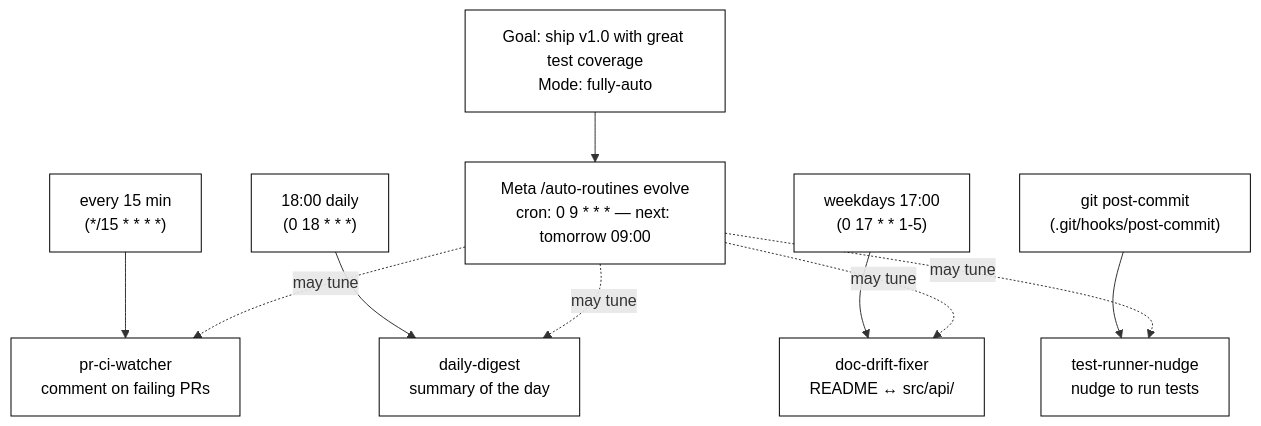
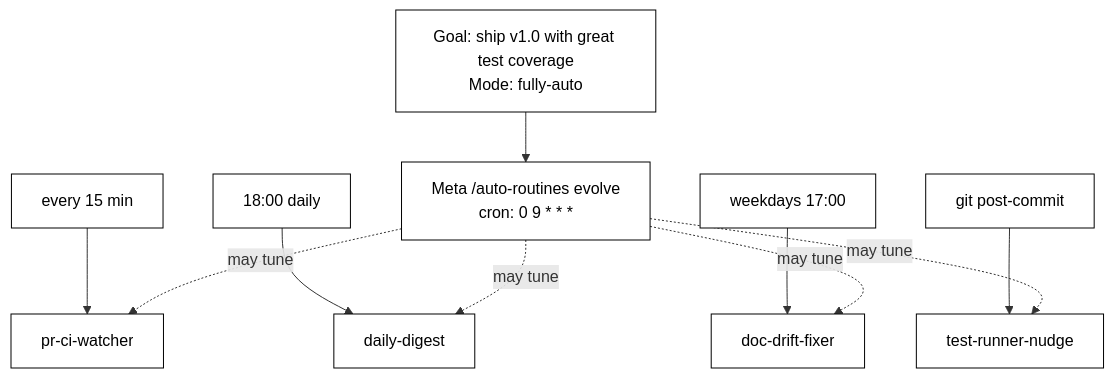
One commit to paipeline/auto-routines changed the diagram in README.md. Above: the diagram before and after it, drawn with Mermaid. The commit also changed other lines of this file, not shown here.

````diff
--- a/README.md
+++ b/README.md
@@ -75,18 +36,18 @@
 ```mermaid
 flowchart TD
   classDef node fill:#fff,stroke:#000,color:#000
 
   GOAL["Goal: ship v1.0 with great test coverage<br/>Mode: fully-auto"]:::node
-  META["Meta /auto-routines evolve<br/>cron: 0 9 * * * — next: tomorrow 09:00"]:::node
+  META["Meta /auto-routines evolve<br/>cron: 0 9 * * *"]:::node
   GOAL --> META
 
-  T1["every 15 min<br/>(*/15 * * * *)"]:::node --> R1["pr-ci-watcher<br/>comment on failing PRs"]:::node
-  T2["18:00 daily<br/>(0 18 * * *)"]:::node --> R2["daily-digest<br/>summary of the day"]:::node
-  T3["weekdays 17:00<br/>(0 17 * * 1-5)"]:::node --> R3["doc-drift-fixer<br/>README ↔ src/api/"]:::node
-  T4["git post-commit<br/>(.git/hooks/post-commit)"]:::node --> R4["test-runner-nudge<br/>nudge to run tests"]:::node
+  T1["every 15 min"]:::node --> R1["pr-ci-watcher"]:::node
+  T2["18:00 daily"]:::node --> R2["daily-digest"]:::node
+  T3["weekdays 17:00"]:::node --> R3["doc-drift-fixer"]:::node
+  T4["git post-commit"]:::node --> R4["test-runner-nudge"]:::node
 
   META -.->|may tune| R1
   META -.->|may tune| R2
   META -.->|may tune| R3
   META -.->|may tune| R4
 ```
````
